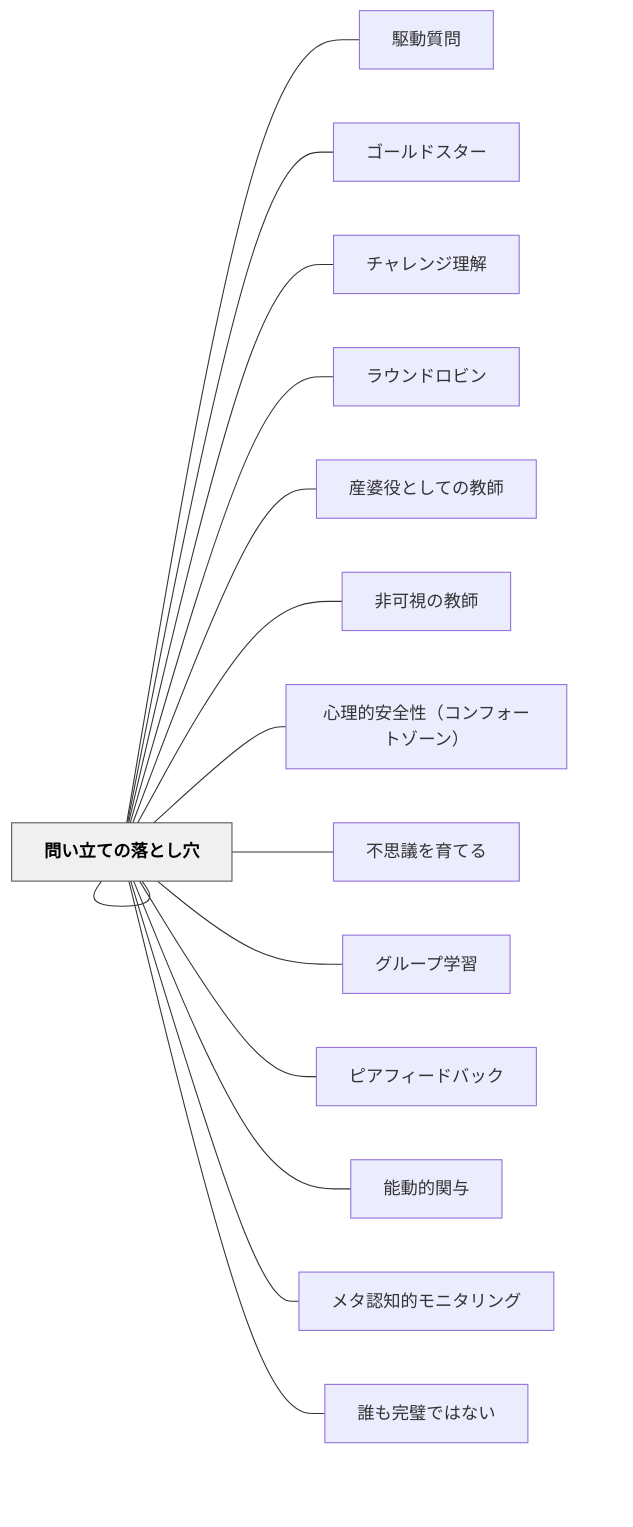
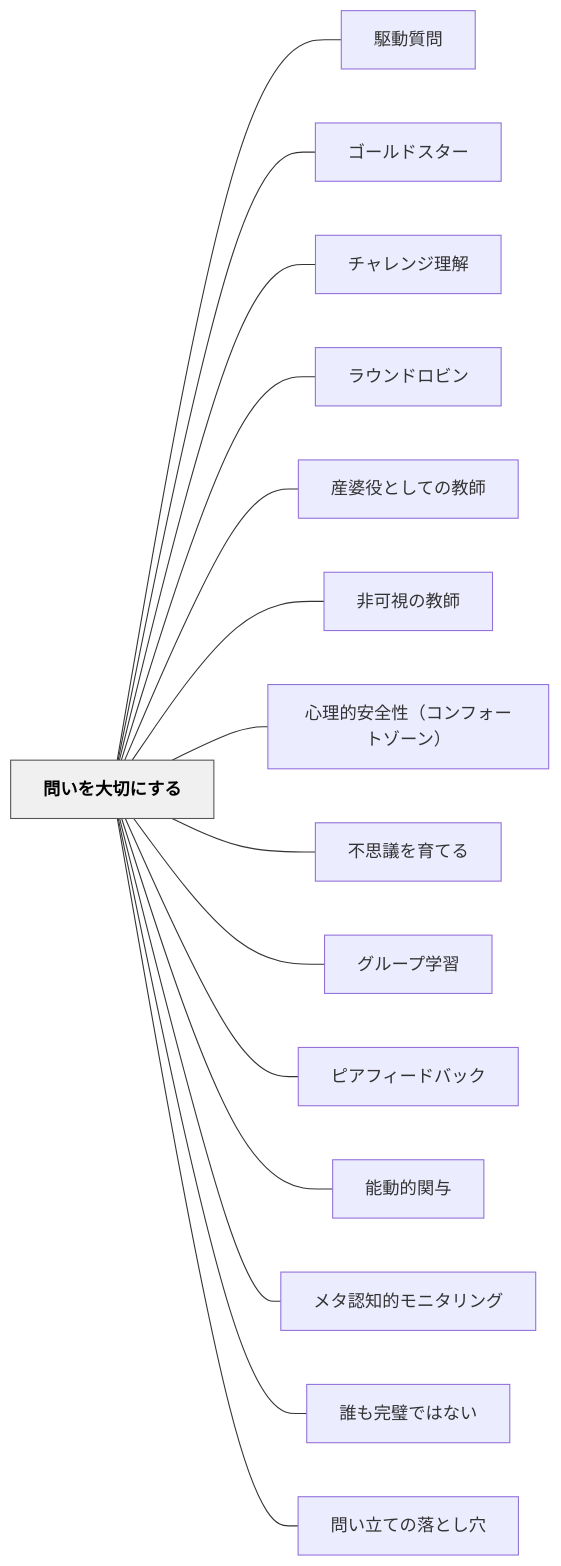
The diagram in content/パタン/問いを大切にする.md (unknownthings-ed-patterns/unknownthings-ed-patterns), drawn with Mermaid before and after one commit. The commit also changed 527 other files, not shown here.

````diff
--- a/content/パタン/問いを大切にする.md
+++ b/content/パタン/問いを大切にする.md
@@ -87,36 +87,36 @@
 ```mermaid
 flowchart LR
-    ne5958fe38184["問いを大切にする"]
-    ne9a786e58b95["駆動質問"]
-    ne382b4e383bc["ゴールドスター"]
-    ne38381e383a3["チャレンジ理解"]
-    ne383a9e382a6["ラウンドロビン"]
-    ne794a3e5a986["産婆役としての教師"]
-    ne99d9ee58faf["非可視の教師"]
-    ne5bf83e79086["心理的安全性（コンフォートゾーン）"]
-    ne4b88de6809d["不思議を育てる"]
-    ne382b0e383ab["グループ学習"]
-    ne38394e382a2["ピアフィードバック"]
-    ne883bde58b95["能動的関与"]
-    ne383a1e382bf["メタ認知的モニタリング"]
-    ne8aab0e38282["誰も完璧ではない"]
-    ne5958fe38184["問い立ての落とし穴"]
+    ne5958fe38184e38292e5a4a7e58887e381abe38199e3828b["問いを大切にする"]
+    ne9a786e58b95e8b3aae5958f["駆動質問"]
+    ne382b4e383bce383abe38389e382b9e382bfe383bc["ゴールドスター"]
+    ne38381e383a3e383ace383b3e382b8e79086e8a7a3["チャレンジ理解"]
+    ne383a9e382a6e383b3e38389e383ade38393e383b3["ラウンドロビン"]
+    ne794a3e5a986e5bdb9e381a8e38197e381a6e381aee69599e5b8ab["産婆役としての教師"]
+    ne99d9ee58fafe8a696e381aee69599e5b8ab["非可視の教師"]
+    ne5bf83e79086e79a84e5ae89e585a8e680a7efbc88e382b3e383b3e38395e382a9e383bce38388e382bee383bce383b3efbc89["心理的安全性（コンフォートゾーン）"]
+    ne4b88de6809de8adb0e38292e882b2e381a6e3828b["不思議を育てる"]
+    ne382b0e383abe383bce38397e5ada6e7bf92["グループ学習"]
+    ne38394e382a2e38395e382a3e383bce38389e38390e38383e382af["ピアフィードバック"]
+    ne883bde58b95e79a84e996a2e4b88e["能動的関与"]
+    ne383a1e382bfe8aa8de79fa5e79a84e383a2e3838be382bfe383aae383b3e382b0["メタ認知的モニタリング"]
+    ne8aab0e38282e5ae8ce792a7e381a7e381afe381aae38184["誰も完璧ではない"]
+    ne5958fe38184e7ab8be381a6e381aee890bde381a8e38197e7a9b4["問い立ての落とし穴"]
 
-    ne5958fe38184 --- ne9a786e58b95
-    ne5958fe38184 --- ne382b4e383bc
-    ne5958fe38184 --- ne38381e383a3
-    ne5958fe38184 --- ne383a9e382a6
-    ne5958fe38184 --- ne794a3e5a986
-    ne5958fe38184 --- ne99d9ee58faf
-    ne5958fe38184 --- ne5bf83e79086
-    ne5958fe38184 --- ne4b88de6809d
-    ne5958fe38184 --- ne382b0e383ab
-    ne5958fe38184 --- ne38394e382a2
-    ne5958fe38184 --- ne883bde58b95
-    ne5958fe38184 --- ne383a1e382bf
-    ne5958fe38184 --- ne8aab0e38282
-    ne5958fe38184 --- ne5958fe38184
+    ne5958fe38184e38292e5a4a7e58887e381abe38199e3828b --- ne9a786e58b95e8b3aae5958f
+    ne5958fe38184e38292e5a4a7e58887e381abe38199e3828b --- ne382b4e383bce383abe38389e382b9e382bfe383bc
+    ne5958fe38184e38292e5a4a7e58887e381abe38199e3828b --- ne38381e383a3e383ace383b3e382b8e79086e8a7a3
+    ne5958fe38184e38292e5a4a7e58887e381abe38199e3828b --- ne383a9e382a6e383b3e38389e383ade38393e383b3
+    ne5958fe38184e38292e5a4a7e58887e381abe38199e3828b --- ne794a3e5a986e5bdb9e381a8e38197e381a6e381aee69599e5b8ab
+    ne5958fe38184e38292e5a4a7e58887e381abe38199e3828b --- ne99d9ee58fafe8a696e381aee69599e5b8ab
+    ne5958fe38184e38292e5a4a7e58887e381abe38199e3828b --- ne5bf83e79086e79a84e5ae89e585a8e680a7efbc88e382b3e383b3e38395e382a9e383bce38388e382bee383bce383b3efbc89
+    ne5958fe38184e38292e5a4a7e58887e381abe38199e3828b --- ne4b88de6809de8adb0e38292e882b2e381a6e3828b
+    ne5958fe38184e38292e5a4a7e58887e381abe38199e3828b --- ne382b0e383abe383bce38397e5ada6e7bf92
+    ne5958fe38184e38292e5a4a7e58887e381abe38199e3828b --- ne38394e382a2e38395e382a3e383bce38389e38390e38383e382af
+    ne5958fe38184e38292e5a4a7e58887e381abe38199e3828b --- ne883bde58b95e79a84e996a2e4b88e
+    ne5958fe38184e38292e5a4a7e58887e381abe38199e3828b --- ne383a1e382bfe8aa8de79fa5e79a84e383a2e3838be382bfe383aae383b3e382b0
+    ne5958fe38184e38292e5a4a7e58887e381abe38199e3828b --- ne8aab0e38282e5ae8ce792a7e381a7e381afe381aae38184
+    ne5958fe38184e38292e5a4a7e58887e381abe38199e3828b --- ne5958fe38184e7ab8be381a6e381aee890bde381a8e38197e7a9b4
 
     classDef hub fill:#f0f0f0,stroke:#555,color:#000,font-weight:bold
-    class ne5958fe38184 hub
+    class ne5958fe38184e38292e5a4a7e58887e381abe38199e3828b hub
 ```
````
